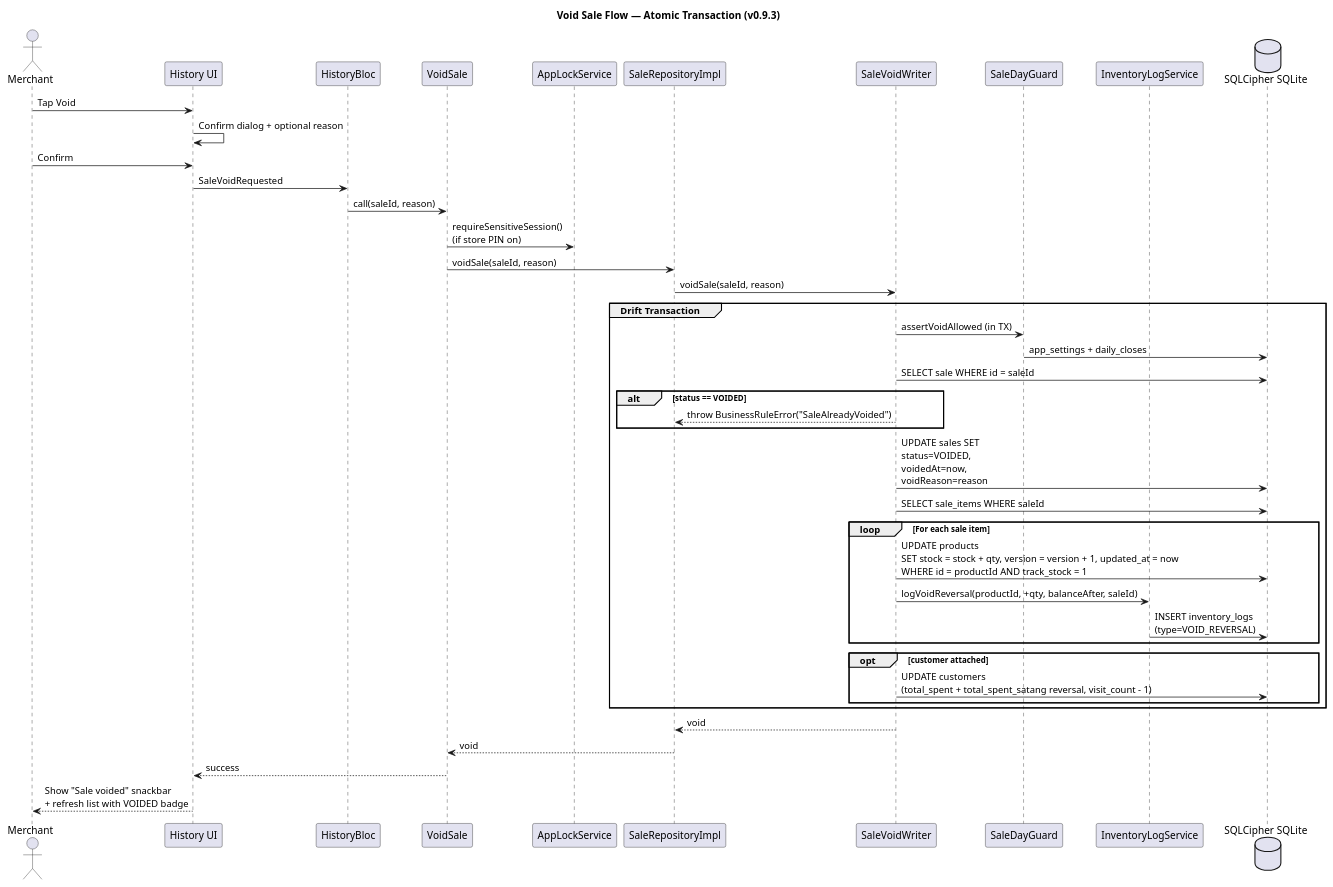
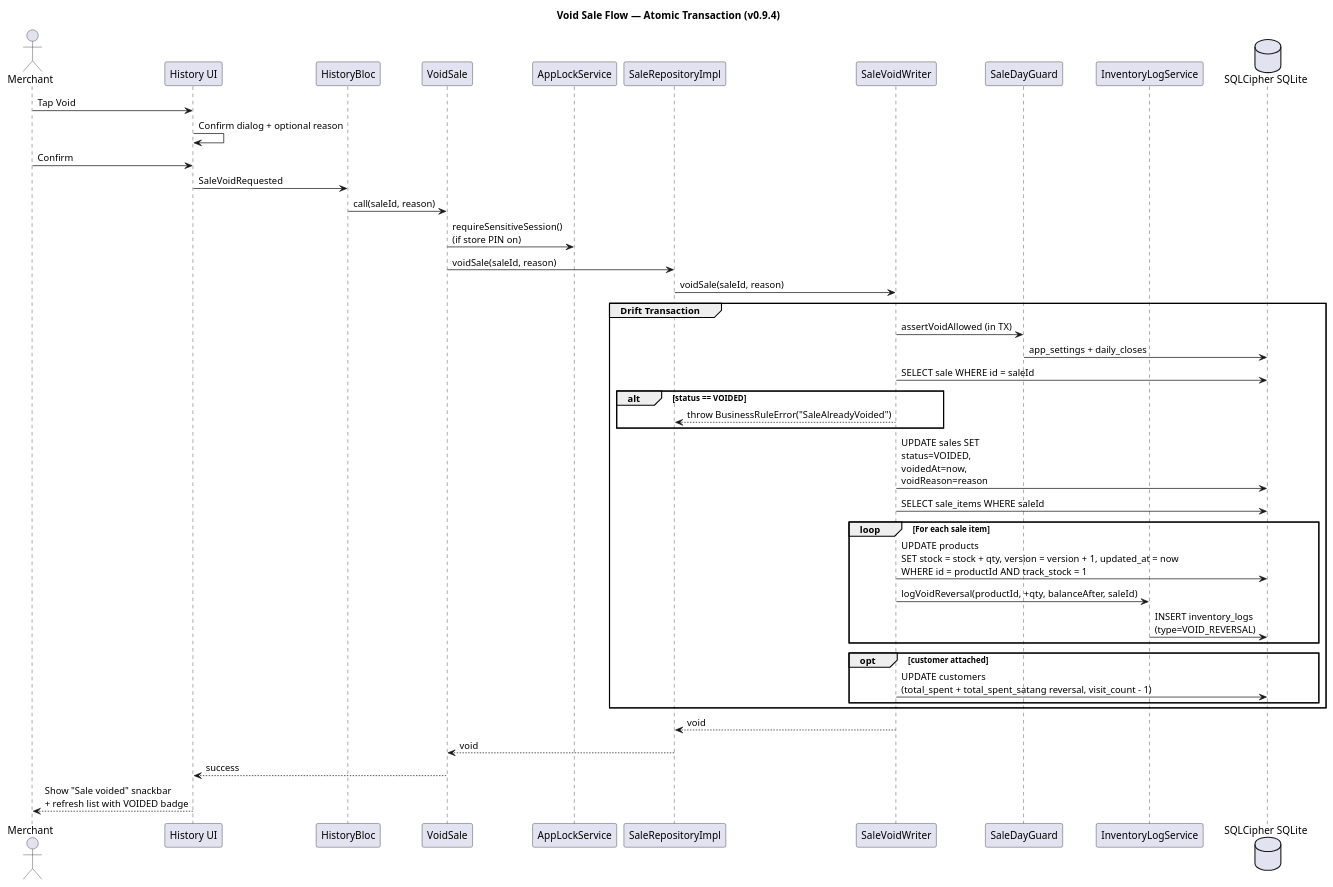
One commit to MN-Lizard-Team/promsell-pos-ce changed the diagram in docs/architecture/puml/sequence-void.puml. Above: the diagram before and after it, drawn with PlantUML. The commit also changed 70 other files, not shown here.

```diff
--- a/docs/architecture/puml/sequence-void.puml
+++ b/docs/architecture/puml/sequence-void.puml
@@ -1,50 +1,50 @@
 @startuml Sequence_Void
-title Void Sale Flow — Atomic Transaction (v0.9.3)
+title Void Sale Flow — Atomic Transaction (v0.9.4)
 
 actor Merchant
 participant "History UI" as UI
 participant "HistoryBloc" as HB
 participant "VoidSale" as UC
 participant "AppLockService" as PIN
 participant "SaleRepositoryImpl" as Repo
 participant "SaleVoidWriter" as DS
 participant "SaleDayGuard" as DG
 participant "InventoryLogService" as ILS
 database "SQLCipher SQLite" as DB
 
 Merchant -> UI: Tap Void
 UI -> UI: Confirm dialog + optional reason
 Merchant -> UI: Confirm
 UI -> HB: SaleVoidRequested
 HB -> UC: call(saleId, reason)
 UC -> PIN: requireSensitiveSession()\n(if store PIN on)
 UC -> Repo: voidSale(saleId, reason)
 Repo -> DS: voidSale(saleId, reason)
 
 group Drift Transaction
     DS -> DG: assertVoidAllowed (in TX)
     DG -> DB: app_settings + daily_closes
     DS -> DB: SELECT sale WHERE id = saleId
     alt status == VOIDED
         DS --> Repo: throw BusinessRuleError("SaleAlreadyVoided")
     end
 
     DS -> DB: UPDATE sales SET\nstatus=VOIDED,\nvoidedAt=now,\nvoidReason=reason
 
     DS -> DB: SELECT sale_items WHERE saleId
     loop For each sale item
         DS -> DB: UPDATE products\nSET stock = stock + qty, version = version + 1, updated_at = now\nWHERE id = productId AND track_stock = 1
         DS -> ILS: logVoidReversal(productId, +qty, balanceAfter, saleId)
         ILS -> DB: INSERT inventory_logs\n(type=VOID_REVERSAL)
     end
     opt customer attached
         DS -> DB: UPDATE customers\n(total_spent + total_spent_satang reversal, visit_count - 1)
     end
 end
 
 DS --> Repo: void
 Repo --> UC: void
 UC --> UI: success
 UI --> Merchant: Show "Sale voided" snackbar\n+ refresh list with VOIDED badge
 
 @enduml
```
